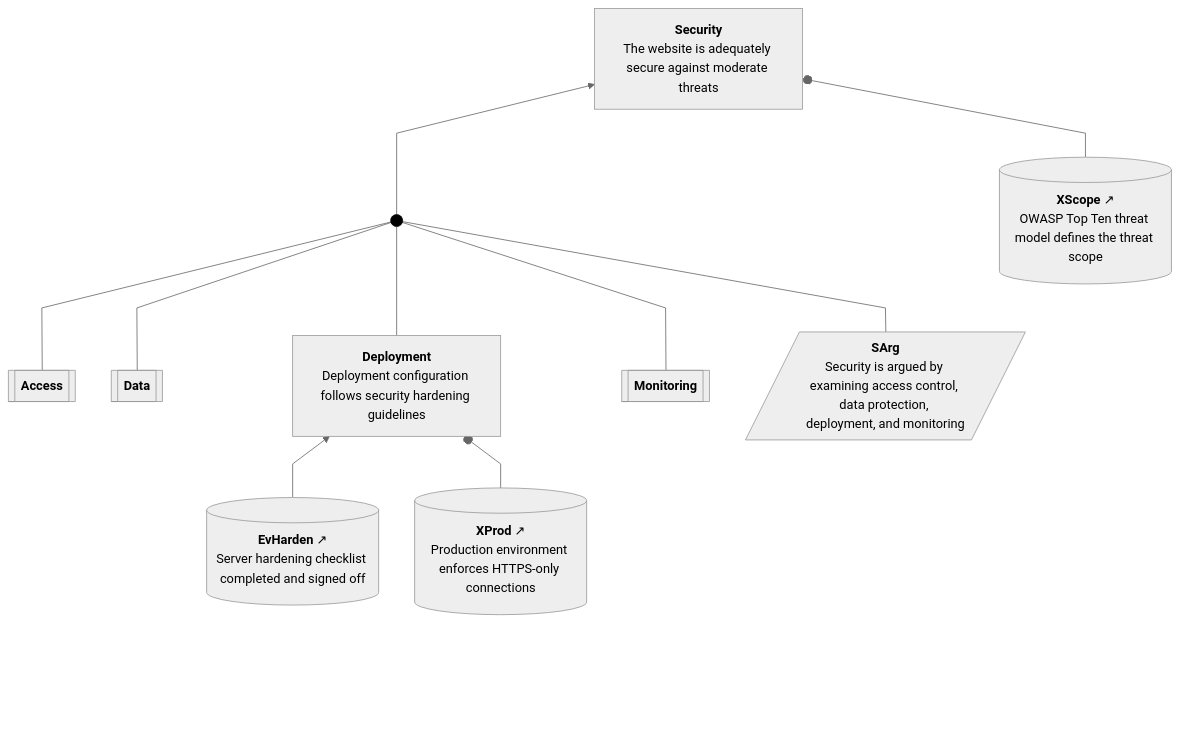
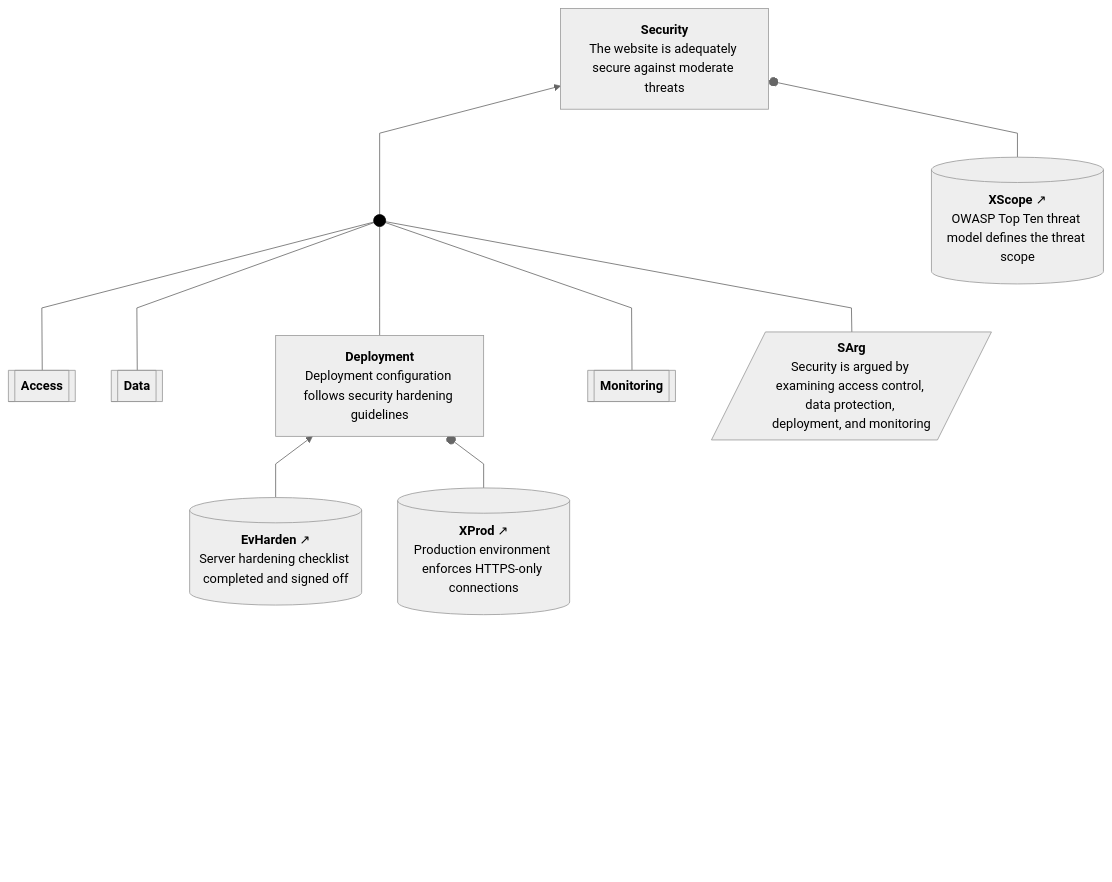
The first of 12 diagrams in tests/fixtures/demo-output.expected.md (david-a-wheeler/verocase), drawn with Mermaid before and after one commit. The commit also changed other lines of this file and 8 other files, not shown here.

Commit message:
Increase bottom padding by lengthening connector

````diff
--- a/tests/fixtures/demo-output.expected.md
+++ b/tests/fixtures/demo-output.expected.md
@@ -19,53 +19,53 @@
 ```mermaid
 ---
 config:
   theme: neutral
   flowchart:
     curve: linear
     htmlLabels: true
     rankSpacing: 60
     nodeSpacing: 45
     padding: 15
 ---
 flowchart BT
     classDef invisible opacity:0
     classDef sacmDot fill:#000,stroke:#000
     classDef connector fill:none,stroke:#cccccc,stroke-width:1px;
     classDef abstractClaim stroke-width:2px,stroke-dasharray: 5 5;
     Security["<b>Security</b><br>The website is adequately secure against moderate threats"]
     XScope[("<b>XScope</b>&nbsp;↗<br>OWASP Top Ten threat model defines the threat scope")]
     SArg[/"<b>SArg</b><br>Security is argued by examining access control, data protection, deployment, and monitoring"/]
     Access[["<b>Access</b>"]]
     Data[["<b>Data</b>"]]
     Deployment["<b>Deployment</b><br>Deployment configuration follows security hardening guidelines"]
     Monitoring[["<b>Monitoring</b>"]]
     EvHarden[("<b>EvHarden</b>&nbsp;↗<br>Server hardening checklist completed and signed off")]
     XProd[("<b>XProd</b>&nbsp;↗<br>Production environment enforces HTTPS-only connections")]
     Dot1((" ")):::sacmDot
     click Security "https://github.com/david-a-wheeler/verocase/blob/main/tests/fixtures/demo-output.expected.md#claim-security"
     click XScope "https://github.com/david-a-wheeler/verocase/blob/main/tests/fixtures/demo-output.expected.md#context-xscope"
     click SArg "https://github.com/david-a-wheeler/verocase/blob/main/tests/fixtures/demo-output.expected.md#strategy-sarg"
     click Access "https://github.com/david-a-wheeler/verocase/blob/main/tests/fixtures/demo-output.expected.md#package-access"
     click Data "https://github.com/david-a-wheeler/verocase/blob/main/tests/fixtures/demo-output.expected.md#package-data"
     click Deployment "https://github.com/david-a-wheeler/verocase/blob/main/tests/fixtures/demo-output.expected.md#claim-deployment"
     click Monitoring "https://github.com/david-a-wheeler/verocase/blob/main/tests/fixtures/demo-output.expected.md#package-monitoring"
     click EvHarden "https://github.com/david-a-wheeler/verocase/blob/main/tests/fixtures/demo-output.expected.md#evidence-evharden"
     click XProd "https://github.com/david-a-wheeler/verocase/blob/main/tests/fixtures/demo-output.expected.md#context-xprod"
 
-    BottomPadding1["<br/><br/><br/>"]:::invisible ~~~ XScope
-    BottomPadding2["<br/><br/><br/>"]:::invisible ~~~ SArg
-    BottomPadding3["<br/><br/><br/>"]:::invisible ~~~ Access
-    BottomPadding4["<br/><br/><br/>"]:::invisible ~~~ Data
-    BottomPadding5["<br/><br/><br/>"]:::invisible ~~~ Monitoring
-    BottomPadding6["<br/><br/><br/>"]:::invisible ~~~ EvHarden
-    BottomPadding7["<br/><br/><br/>"]:::invisible ~~~ XProd
+    BottomPadding1["<br/><br/><br/>"]:::invisible ~~~~ XScope
+    BottomPadding2["<br/><br/><br/>"]:::invisible ~~~~ SArg
+    BottomPadding3["<br/><br/><br/>"]:::invisible ~~~~ Access
+    BottomPadding4["<br/><br/><br/>"]:::invisible ~~~~ Data
+    BottomPadding5["<br/><br/><br/>"]:::invisible ~~~~ Monitoring
+    BottomPadding6["<br/><br/><br/>"]:::invisible ~~~~ EvHarden
+    BottomPadding7["<br/><br/><br/>"]:::invisible ~~~~ XProd
     EvHarden --> Deployment
     XProd --o Deployment
     Access --- Dot1
     Data --- Dot1
     Deployment --- Dot1
     Monitoring --- Dot1
     SArg --- Dot1
     Dot1 --> Security
     XScope --o Security
 ```
````
